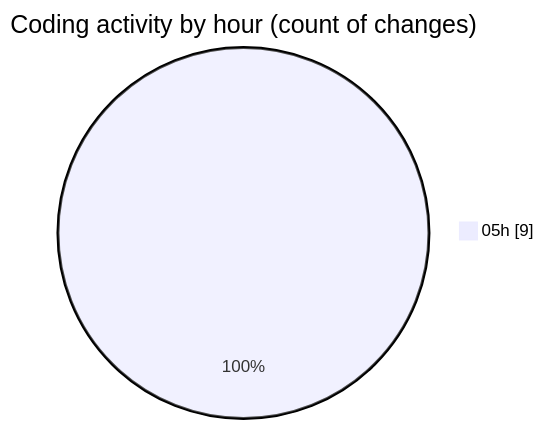
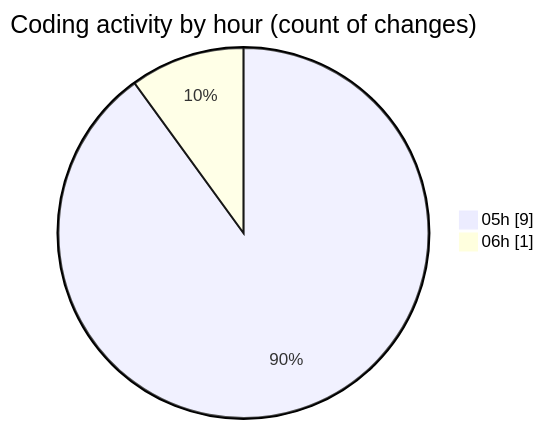
Before and after one commit to Elitesun/code-tracking: the second of 2 diagrams in 2025-02-12/react_ecom/README.md, drawn with Mermaid. The commit also changed other lines of this file and 1 other file, not shown here.

````diff
--- a/2025-02-12/react_ecom/README.md
+++ b/2025-02-12/react_ecom/README.md
@@ -28,5 +29,6 @@
 ```mermaid
 pie showData
 title Coding activity by hour (count of changes)
 "05h" : 9
+"06h" : 1
 ```
````
